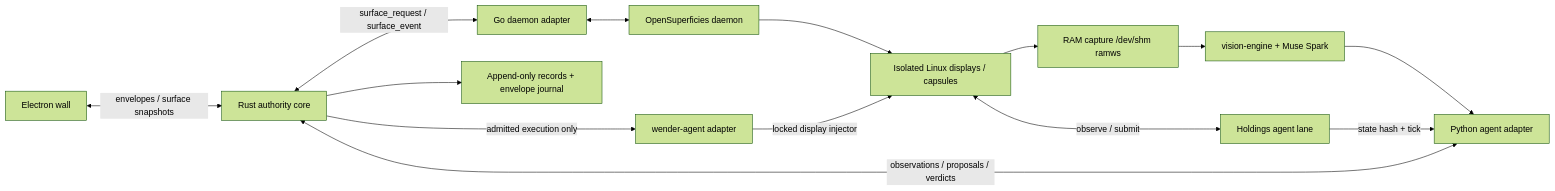
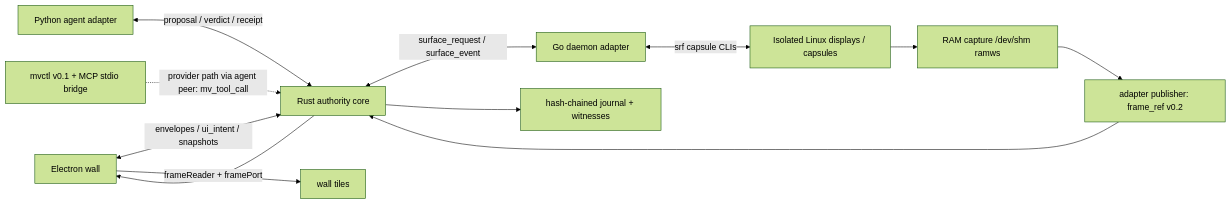
Before and after one commit to oguirado/MetaViewer: the first of 4 diagrams in docs/ARCHITECTURE.md, drawn with Mermaid (forest theme). The commit also changed other lines of this file and 2 other files, not shown here.

First line of the commit message:
docs: update the README, user guide and architecture after G-W1

````diff
--- a/docs/ARCHITECTURE.md
+++ b/docs/ARCHITECTURE.md
@@ -15,16 +19,14 @@
 ```mermaid
 flowchart LR
-    UI[Electron wall] <-->|envelopes / surface snapshots| CORE[Rust authority core]
+    UI[Electron wall] <-->|envelopes / ui_intent / snapshots| CORE[Rust authority core]
     CORE <-->|surface_request / surface_event| ADAPTER[Go daemon adapter]
-    ADAPTER <--> SURF[OpenSuperficies daemon]
-    SURF --> CAPS[Isolated Linux displays / capsules]
+    ADAPTER <-->|srf capsule CLIs| CAPS[Isolated Linux displays / capsules]
     CAPS --> RAM[RAM capture /dev/shm ramws]
-    RAM --> VISION[vision-engine + Muse Spark]
-    VISION --> AGENT[Python agent adapter]
-    AGENT <-->|observations / proposals / verdicts| CORE
-    CORE -->|admitted execution only| WENDER[wender-agent adapter]
-    WENDER -->|locked display injector| CAPS
-    CAPS <-->|observe / submit| LANE[Holdings agent lane]
-    LANE -->|state hash + tick| AGENT
-    CORE --> LOG[Append-only records + envelope journal]
+    RAM --> PUB[adapter publisher: frame_ref v0.2]
+    PUB --> CORE
+    CORE --> UI
+    UI -->|frameReader + framePort| TILE[wall tiles]
+    AGENT[Python agent adapter] <-->|proposal / verdict / receipt| CORE
+    MVCTL[mvctl v0.1 + MCP stdio bridge] -.->|provider path via agent peer: mv_tool_call| CORE
+    CORE --> LOG[hash-chained journal + witnesses]
 ```
````
